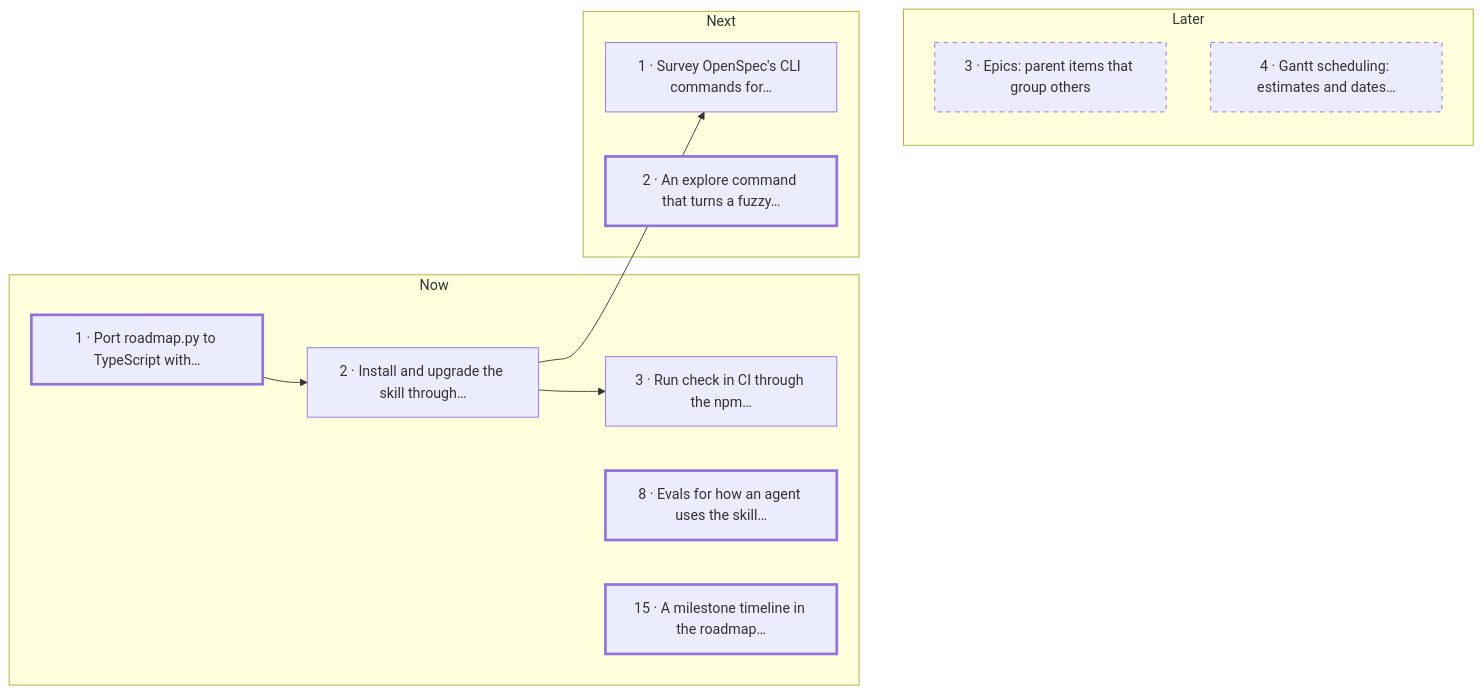
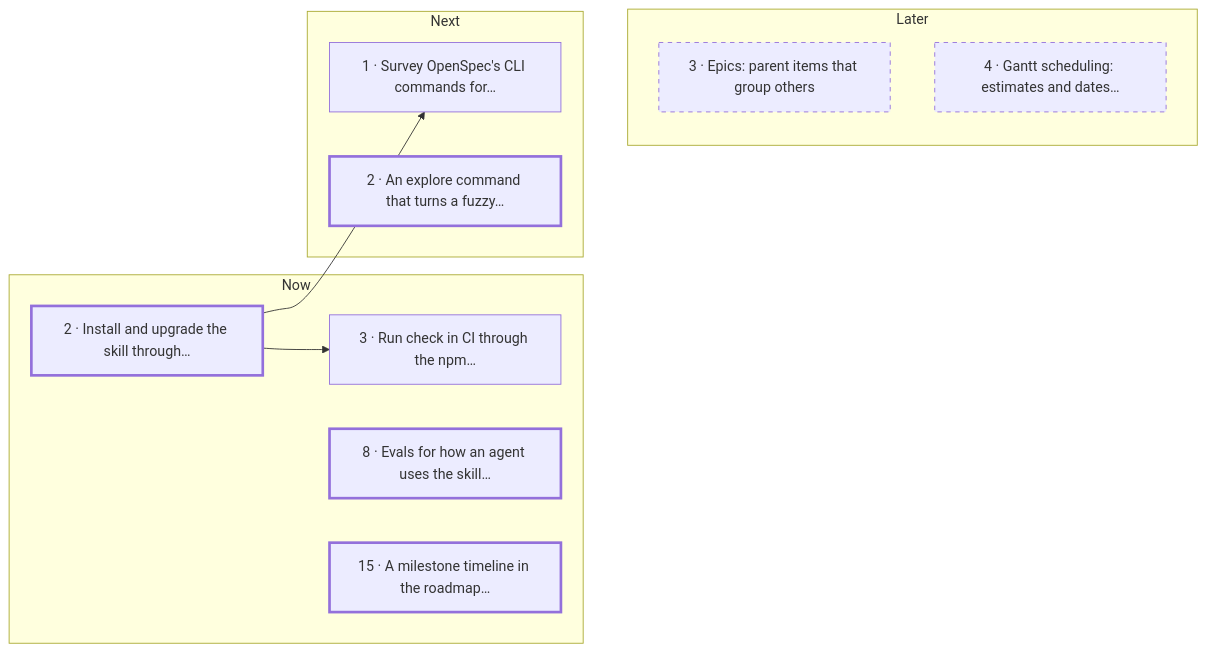
Before and after one commit to carby/simple-agentic-roadmap-skill: the diagram in roadmap/README.md, drawn with Mermaid. The commit also changed other lines of this file and 3 other files, not shown here.

Commit message:
docs(roadmap): close typescript-port as shipped in #16

````diff
--- a/roadmap/README.md
+++ b/roadmap/README.md
@@ -42,26 +42,24 @@
 ```mermaid
 flowchart LR
   subgraph b_now ["Now"]
-    i_typescript_port["1 · Port roadmap.py to TypeScript with…"]
     i_npm_installer["2 · Install and upgrade the skill through…"]
     i_npx_ci_migration["3 · Run check in CI through the npm…"]
     i_agent_behaviour_evals["8 · Evals for how an agent uses the skill…"]
     i_milestone_timeline["15 · A milestone timeline in the roadmap…"]
   end
   subgraph b_next ["Next"]
     i_openspec_command_parity["1 · Survey OpenSpec's CLI commands for…"]
     i_explore_command["2 · An explore command that turns a fuzzy…"]
   end
   subgraph b_later ["Later"]
     i_epics["3 · Epics: parent items that group others"]
     i_gantt_scheduling["4 · Gantt scheduling: estimates and dates…"]
   end
   b_now ~~~ b_next ~~~ b_later
-  i_typescript_port --> i_npm_installer
   i_npm_installer --> i_npx_ci_migration
   i_npm_installer --> i_openspec_command_parity
   classDef ready stroke-width: 3px
-  class i_typescript_port,i_agent_behaviour_evals,i_milestone_timeline,i_explore_command ready
+  class i_npm_installer,i_agent_behaviour_evals,i_milestone_timeline,i_explore_command ready
   classDef later stroke-dasharray: 5 5
   class i_epics,i_gantt_scheduling later
 ```
````
